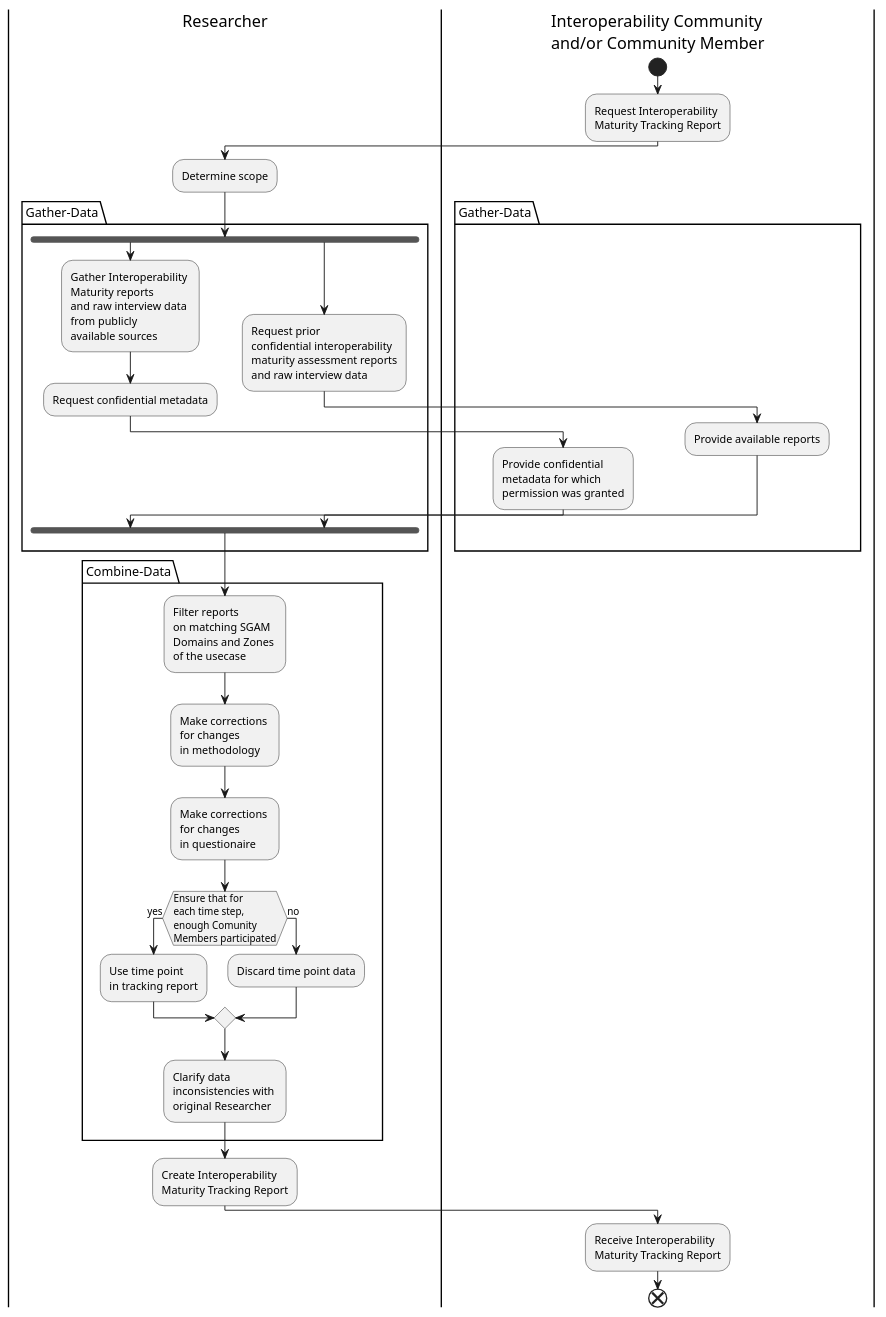
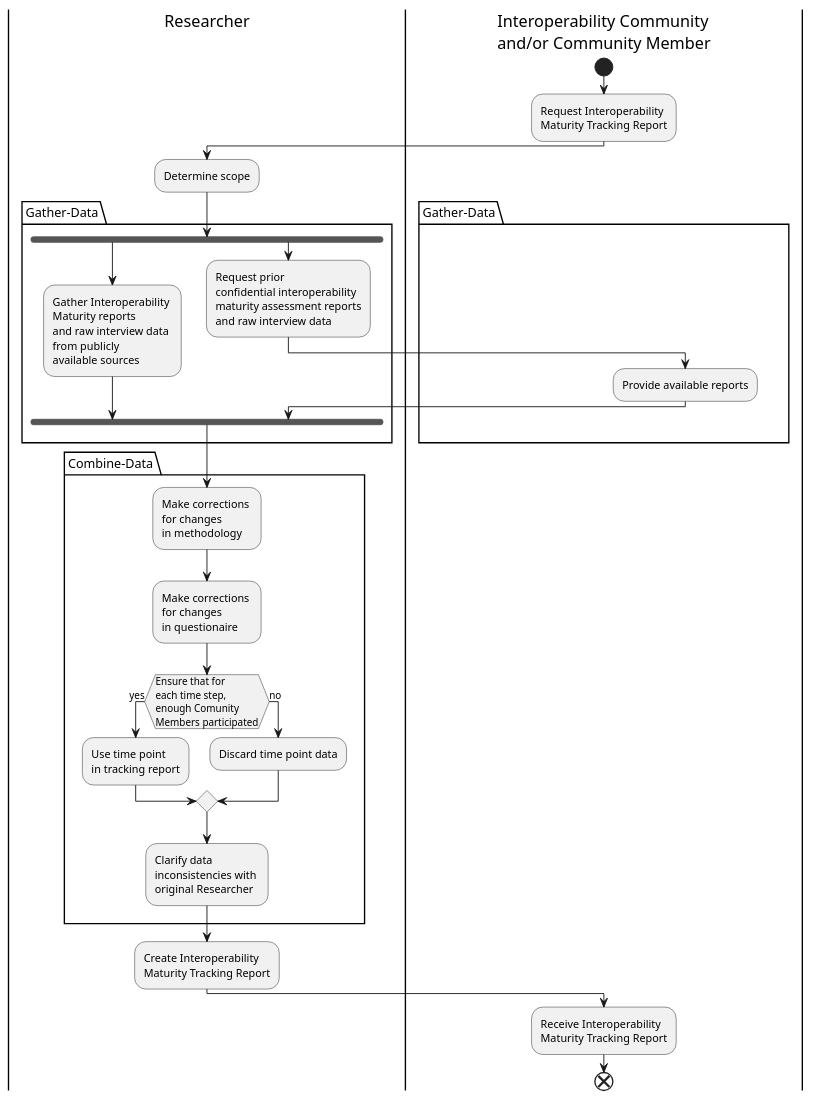
One commit to int-net/EminentModel changed the diagram in ProcessesModels/TrackMaturityProcess.plantuml. Above: the diagram before and after it, drawn with PlantUML. The commit also changed 8 other files, not shown here.

Commit message:
changed process diagrams to allign with practice

```diff
--- a/ProcessesModels/TrackMaturityProcess.plantuml
+++ b/ProcessesModels/TrackMaturityProcess.plantuml
@@ -1,52 +1,48 @@
 @startuml Track Maturity PersonBorderThickness
 |Researcher|
 |Interoperability Community\nand/or Community Member|
 start
 :Request Interoperability \nMaturity Tracking Report;
 
 
 |Researcher|
 
 :Determine scope;
 
  package Gather-Data {
 
     fork
     :Gather Interoperability \nMaturity reports \nand raw interview data \nfrom publicly \navailable sources;
-    :Request confidential metadata;
 
-    |Interoperability Community\nand/or Community Member|
-    :Provide confidential \nmetadata for which \npermission was granted;
 
     fork again
     |Researcher|
     :Request prior \nconfidential interoperability \nmaturity assessment reports\nand raw interview data ;
 
     |Interoperability Community\nand/or Community Member|
     :Provide available reports;
 
     |Researcher|
     end fork
  }
 |Researcher|
  package Combine-Data {
-    :Filter reports \non matching SGAM \nDomains and Zones \nof the usecase;
     :Make corrections \nfor changes \nin methodology;
     :Make corrections \nfor changes \nin questionaire;
     if (Ensure that for \neach time step, \nenough Comunity \nMembers participated) then (yes)
     :Use time point \nin tracking report;
     else (no)
     :Discard time point data;
     endif
     :Clarify data \ninconsistencies with \noriginal Researcher;
  }
 
  :Create Interoperability \nMaturity Tracking Report;
 
 |Interoperability Community\nand/or Community Member|
 :Receive Interoperability \nMaturity Tracking Report;
 end
 
 
 
 @enduml
```
